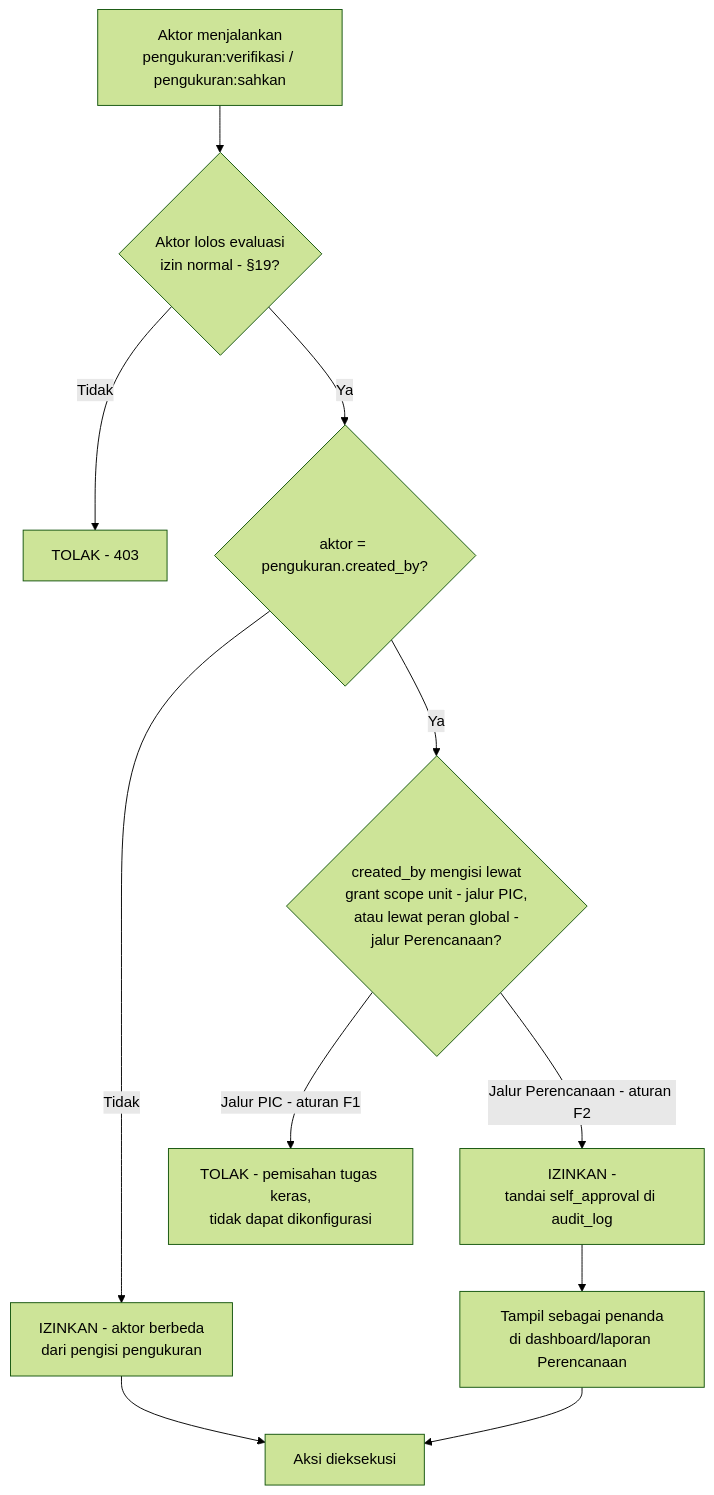
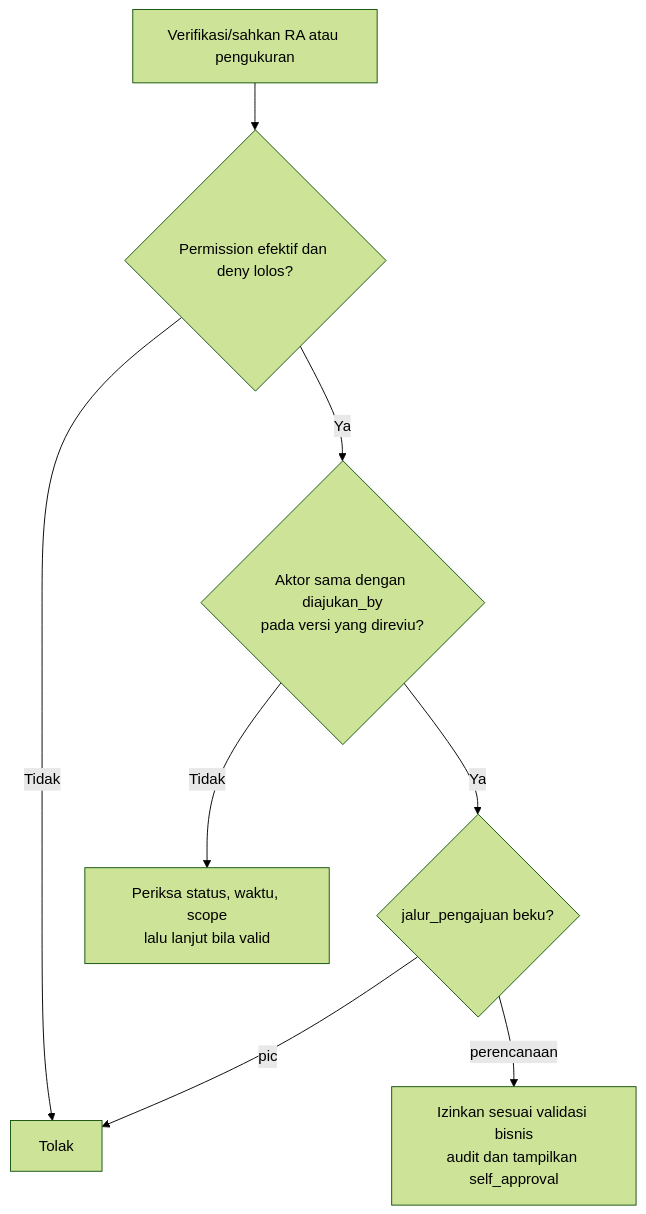
One commit to LLDIKTI-XVI-TEAM/SAKIP changed diagram 21 of 23 in document/SAKIP - Workflow.md. Above: the diagram before and after it, drawn with Mermaid (forest theme). The commit also changed other lines of this file and 4 other files, not shown here.

````diff
--- a/document/SAKIP - Workflow.md
+++ b/document/SAKIP - Workflow.md
@@ -1643,13 +1647,10 @@
 ```mermaid
 flowchart TD
-    A[Aktor menjalankan\npengukuran:verifikasi / pengukuran:sahkan] --> B{Aktor lolos evaluasi\nizin normal - §19?}
-    B -- Tidak --> C[TOLAK - 403]
-    B -- Ya --> D{aktor = pengukuran.created_by?}
-    D -- Tidak --> H[IZINKAN - aktor berbeda\ndari pengisi pengukuran]
-    D -- Ya --> E{created_by mengisi lewat\ngrant scope unit - jalur PIC,\natau lewat peran global -\njalur Perencanaan?}
-    E -- Jalur PIC - aturan F1 --> F[TOLAK - pemisahan tugas keras,\ntidak dapat dikonfigurasi]
-    E -- Jalur Perencanaan - aturan F2 --> G[IZINKAN -\ntandai self_approval di audit_log]
-    H --> J[Aksi dieksekusi]
-    G --> I[Tampil sebagai penanda\ndi dashboard/laporan Perencanaan]
-    I --> J
+    A[Verifikasi/sahkan RA atau pengukuran] --> B{Permission efektif dan deny lolos?}
+    B -- Tidak --> C[Tolak]
+    B -- Ya --> D{Aktor sama dengan diajukan_by\npada versi yang direviu?}
+    D -- Tidak --> E[Periksa status, waktu, scope\nlalu lanjut bila valid]
+    D -- Ya --> F{jalur_pengajuan beku?}
+    F -- pic --> C
+    F -- perencanaan --> G[Izinkan sesuai validasi bisnis\naudit dan tampilkan self_approval]
 ```
````
